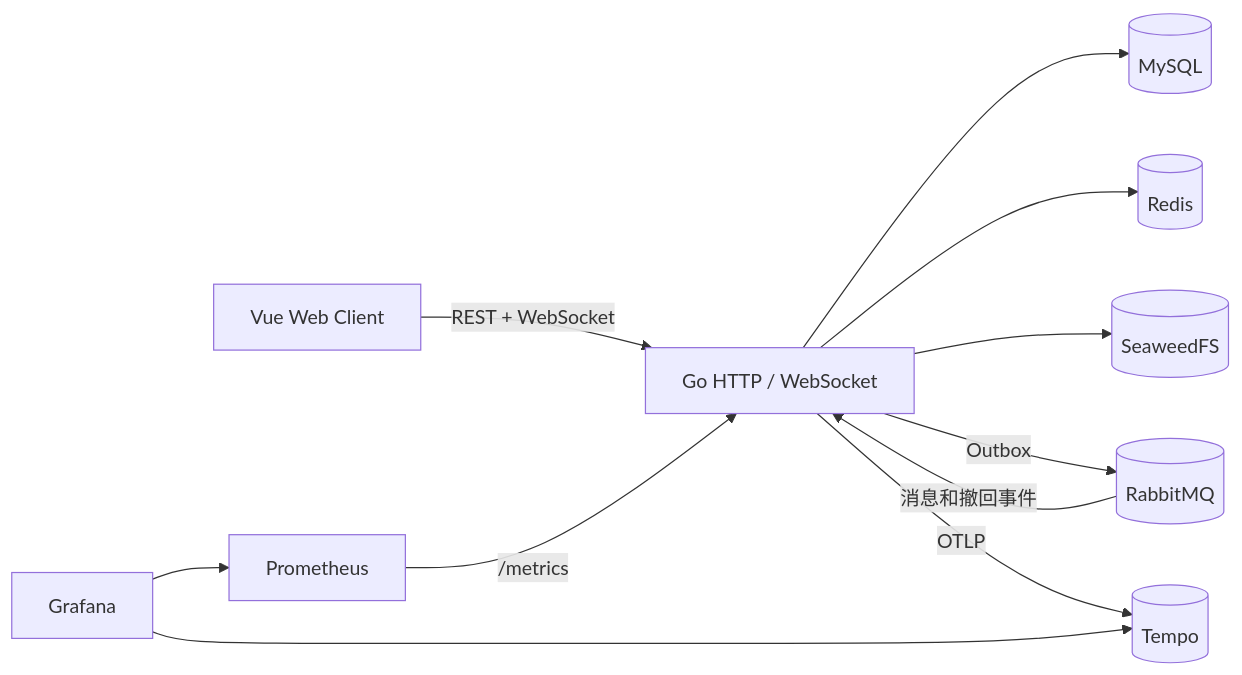
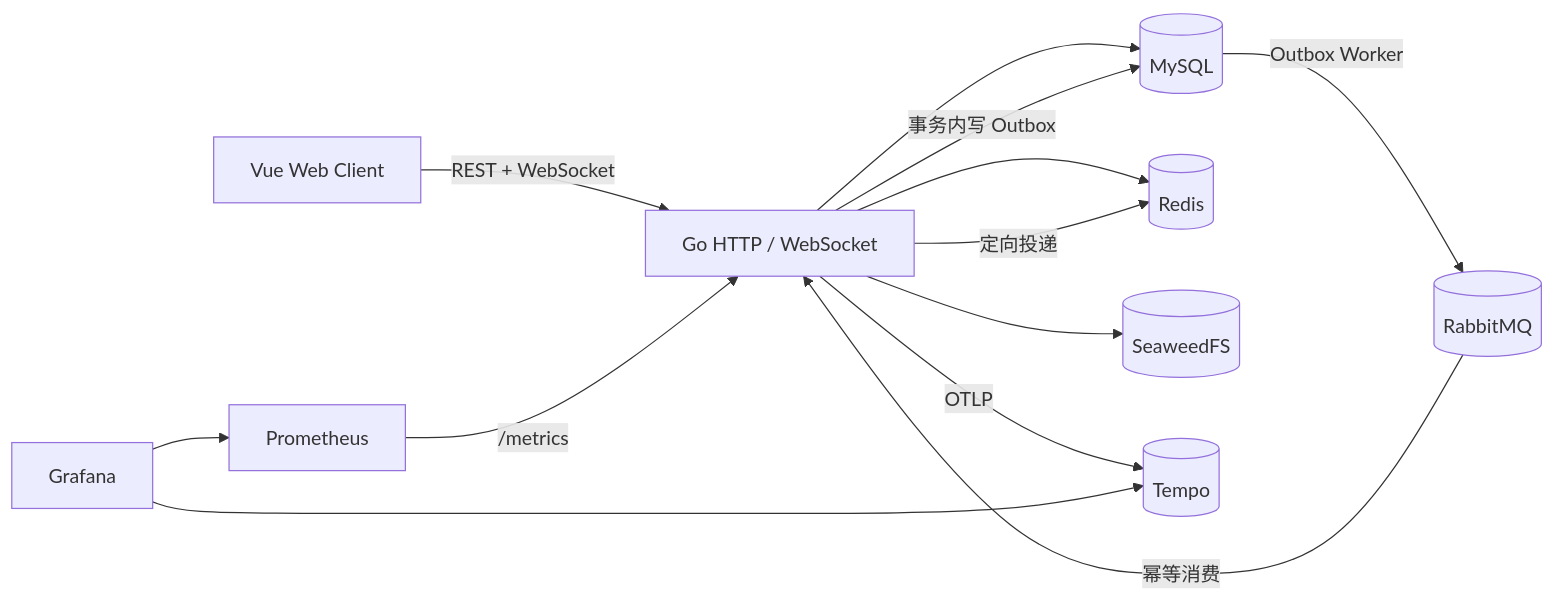
The diagram in README.md (PYang176/RelayIM), drawn with Mermaid before and after one commit. The commit also changed other lines of this file and 13 other files, not shown here.

````diff
--- a/README.md
+++ b/README.md
@@ -119,23 +129,25 @@
 ```mermaid
 flowchart LR
     Web[Vue Web Client]
     API[Go HTTP / WebSocket]
     MySQL[(MySQL)]
     Redis[(Redis)]
     Rabbit[(RabbitMQ)]
     S3[(SeaweedFS)]
     Tempo[(Tempo)]
     Prom[Prometheus]
     Grafana[Grafana]
 
     Web -->|REST + WebSocket| API
     API --> MySQL
     API --> Redis
     API --> S3
-    API -->|Outbox| Rabbit
-    Rabbit -->|消息和撤回事件| API
+    API -->|事务内写 Outbox| MySQL
+    MySQL -->|Outbox Worker| Rabbit
+    Rabbit -->|幂等消费| API
+    API -->|定向投递| Redis
     API -->|OTLP| Tempo
     Prom -->|/metrics| API
     Grafana --> Prom
     Grafana --> Tempo
 ```
````
